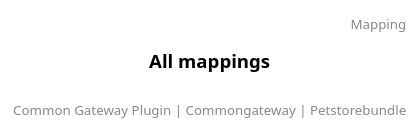
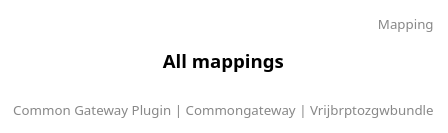
One commit to CommonGateway/VrijBRPToZGWBundle changed the diagram in docs/mapping/all_mapping_classes.puml. Above: the diagram before and after it, drawn with PlantUML. The commit also changed 6 other files, not shown here.

```diff
--- a/docs/mapping/all_mapping_classes.puml
+++ b/docs/mapping/all_mapping_classes.puml
@@ -1,6 +1,6 @@
 @startuml
 title: All mappings
-footer: Common Gateway Plugin | Commongateway | Petstorebundle 
+footer: Common Gateway Plugin | Commongateway | Vrijbrptozgwbundle 
 header: Mapping
 
 @enduml
```
